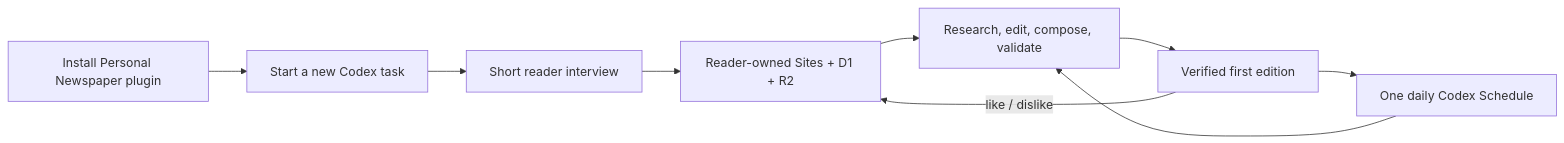
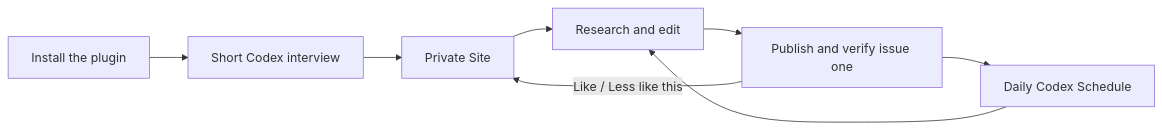
One commit to TakalaWang/personal-newspaper changed the diagram in README.md. Above: the diagram before and after it, drawn with Mermaid. The commit also changed other lines of this file and 3 other files, not shown here.

Commit message:
docs: present The Personal Daily (#13)

````diff
--- a/README.md
+++ b/README.md
@@ -53,11 +59,10 @@
 ```mermaid
 flowchart LR
-  A["Install Personal Newspaper plugin"] --> B["Start a new Codex task"]
-  B --> C["Short reader interview"]
-  C --> D["Reader-owned Sites + D1 + R2"]
-  D --> E["Research, edit, compose, validate"]
-  E --> F["Verified first edition"]
-  F --> G["One daily Codex Schedule"]
-  G --> E
-  F -->|"like / dislike"| D
+  A["Install the plugin"] --> B["Short Codex interview"]
+  B --> C["Private Site"]
+  C --> D["Research and edit"]
+  D --> E["Publish and verify issue one"]
+  E --> F["Daily Codex Schedule"]
+  F --> D
+  E -->|"Like / Less like this"| C
 ```
````
